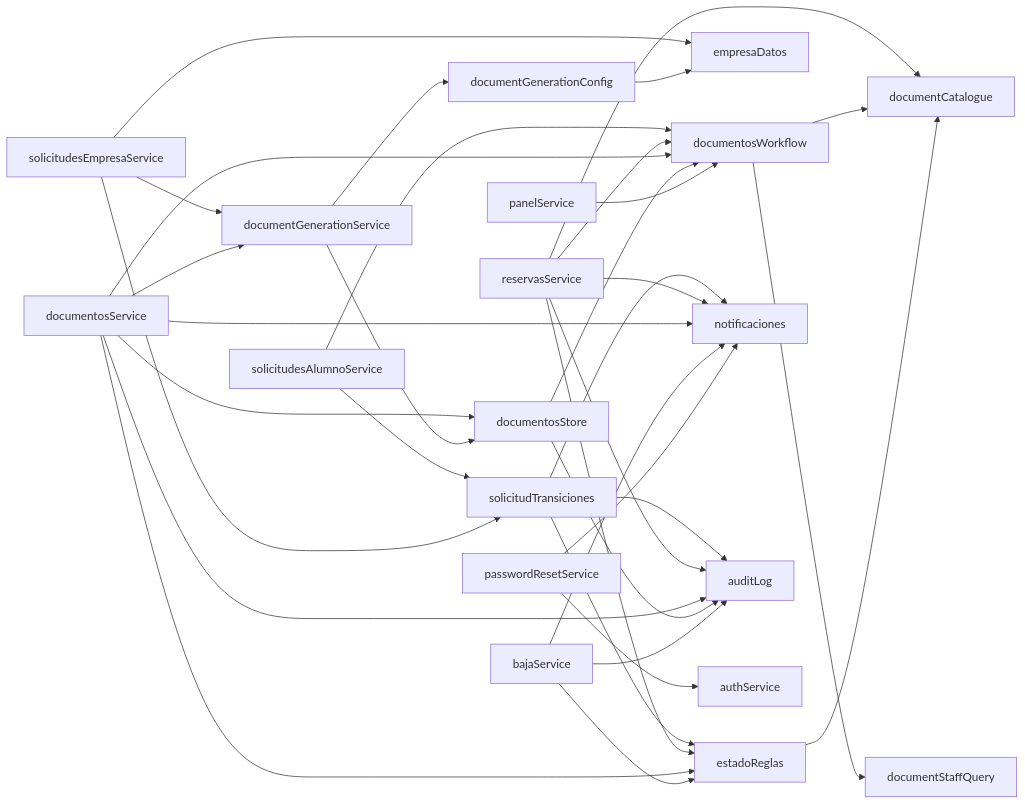
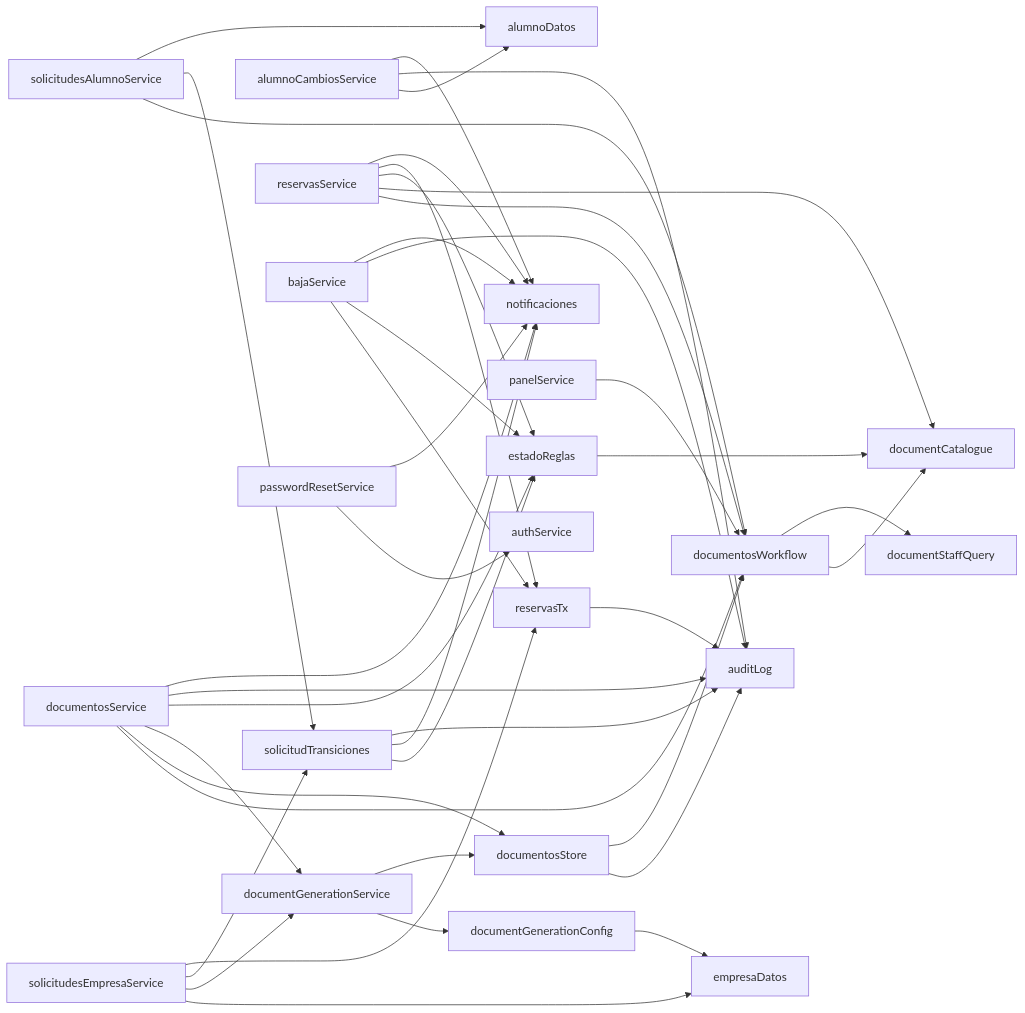
Before and after one commit to Katelynshapoval/Gestor-FP-Dual: the diagram in docs/tecnica/arquitectura/componentes.md, drawn with Mermaid. The commit also changed other lines of this file and 48 other files, not shown here.

````diff
--- a/docs/tecnica/arquitectura/componentes.md
+++ b/docs/tecnica/arquitectura/componentes.md
@@ -38,36 +41,43 @@
 ```mermaid
 flowchart LR
   SA[solicitudesAlumnoService] --> DW[documentosWorkflow]
   SA --> ST[solicitudTransiciones]
+  SA --> AD[alumnoDatos]
+  AC[alumnoCambiosService] --> AD
+  AC --> AL
+  AC --> NO
   SE[solicitudesEmpresaService] --> ED[empresaDatos]
   SE --> DG[documentGenerationService]
   SE --> ST
   ST --> ER[estadoReglas]
   ST --> NO[notificaciones]
   ST --> AL[auditLog]
   RS[reservasService] --> DW
   RS --> DC[documentCatalogue]
   RS --> ER
-  RS --> AL
+  RS --> TX[reservasTx]
   RS --> NO
+  TX --> AL
+  SE --> TX
+  BJ --> TX
   DS[documentosService] --> DW
   DS --> STORE[documentosStore]
   DS --> DG
   DS --> ER
   DS --> AL
   DS --> NO
   DG --> GC[documentGenerationConfig]
   DG --> STORE
   GC --> ED
   STORE --> AL
   STORE --> DW
   DW --> DC
   DW --> DQ[documentStaffQuery]
   ER --> DC
   BJ[bajaService] --> ER
   BJ --> AL
   BJ --> NO
   PR[passwordResetService] --> AU[authService]
   PR --> NO
   PS[panelService] --> DW
 ```
````
